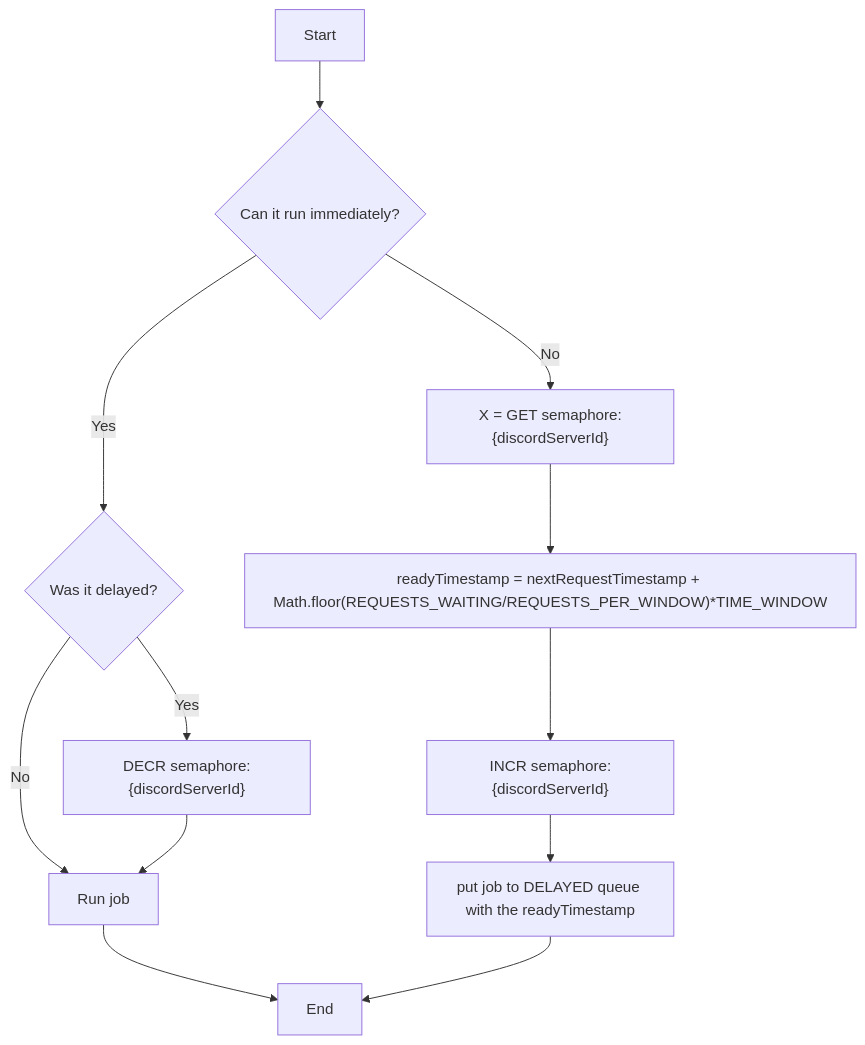
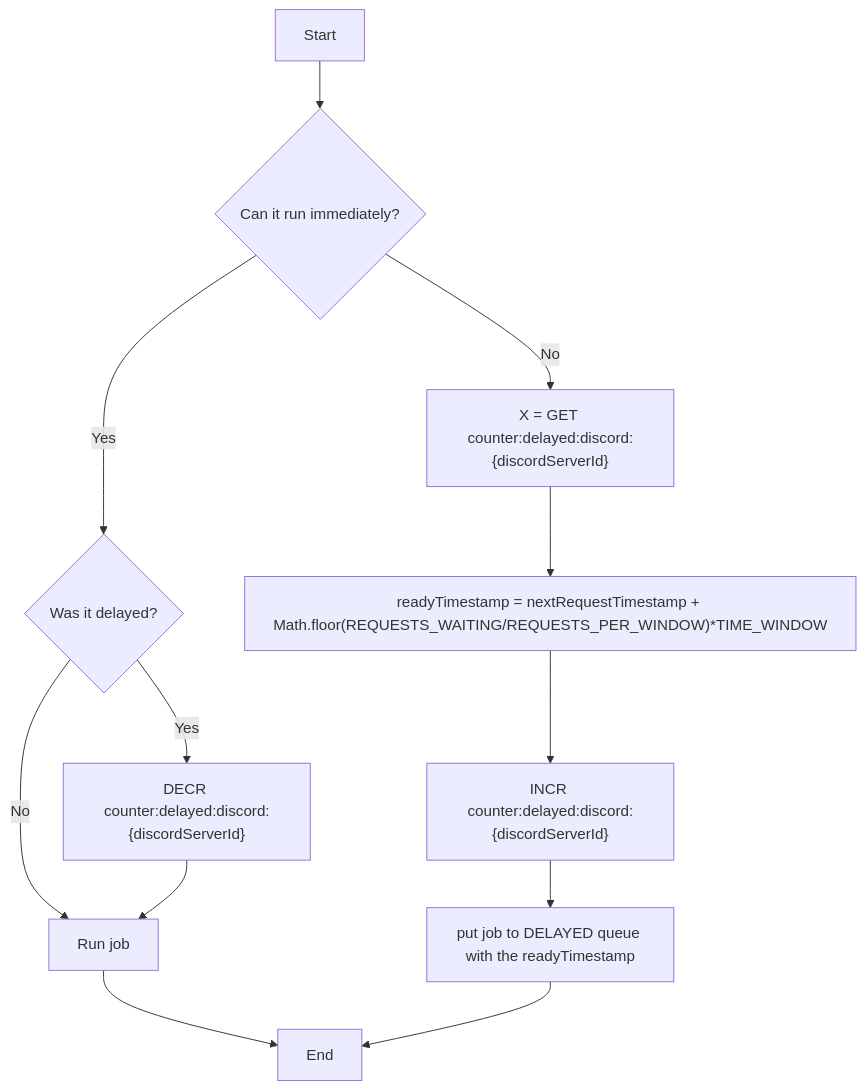
Before and after one commit to guildxyz/guild-queues: the diagram in docs/discord_delay.md, drawn with Mermaid.

Commit message:
Replace semaphore: with counter:delayed:discord:

````diff
--- a/docs/discord_delay.md
+++ b/docs/discord_delay.md
@@ -7,14 +7,14 @@
 ```mermaid
 flowchart TD
     A[Start] --> B{Can it run immediately?}
     B -->|Yes| C{Was it delayed?}
-    C -->|Yes| H["DECR semaphore:{discordServerId}"]
+    C -->|Yes| H["DECR counter:delayed:discord:{discordServerId}"]
     C -->|No| I["Run job"]
     H --> I
-    B -->|No| D["X = GET semaphore:{discordServerId}"]
+    B -->|No| D["X = GET counter:delayed:discord:{discordServerId}"]
     D --> E["readyTimestamp = nextRequestTimestamp + <br>Math.floor(REQUESTS_WAITING/REQUESTS_PER_WINDOW)*TIME_WINDOW"]
-    E --> F["INCR semaphore:{discordServerId}"]
+    E --> F["INCR counter:delayed:discord:{discordServerId}"]
     F --> G["put job to DELAYED queue with the readyTimestamp"]
     I --> J["End"]
     G --> J
 ```
````
